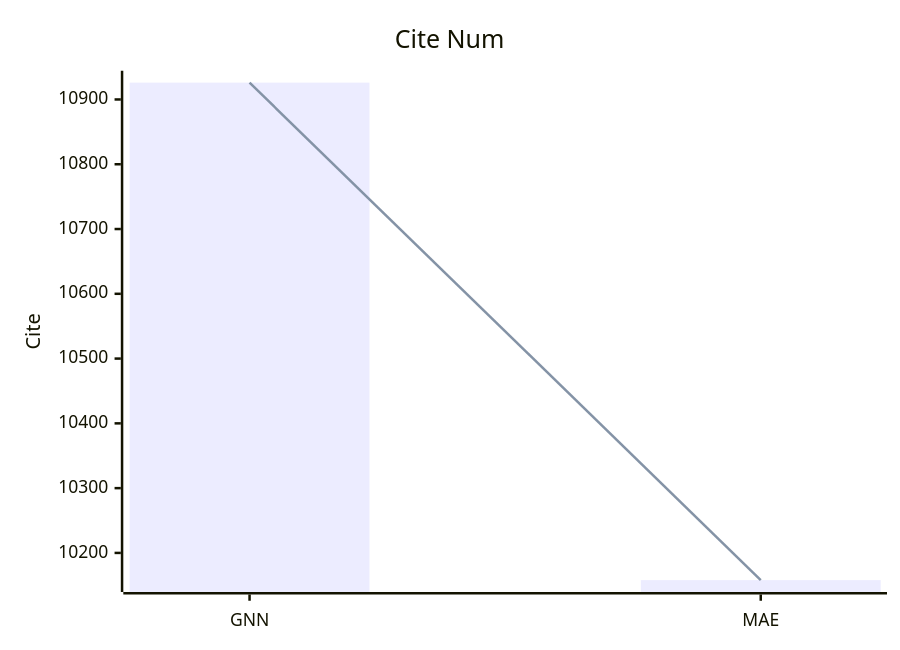
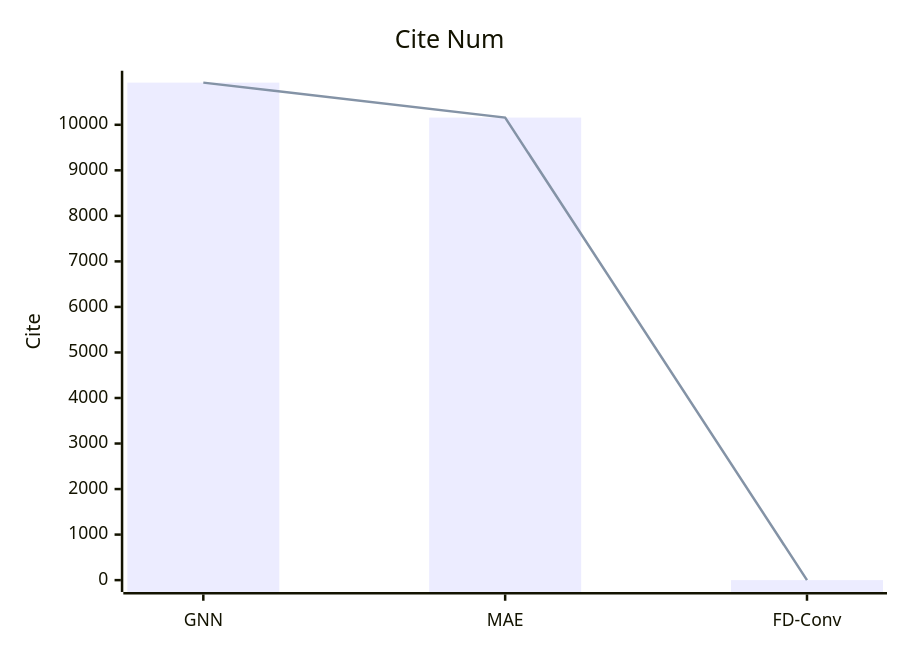
One commit to Elephant-King9/Paper changed the third of 3 diagrams in Base_Model/analyse.md. Above: the diagram before and after it, drawn with Mermaid. The commit also changed other lines of this file and 29 other files, not shown here.

````diff
--- a/Base_Model/analyse.md
+++ b/Base_Model/analyse.md
@@ -29,8 +31,8 @@
 ```mermaid
     xychart-beta
     title "Cite Num"
-    x-axis [GNN,MAE]
+    x-axis [GNN,MAE,FD-Conv]
     y-axis "Cite" 
-    bar [10926,10158]
-    line [10926,10158]
+    bar [10926,10158,0]
+    line [10926,10158,0]
 ```
````
